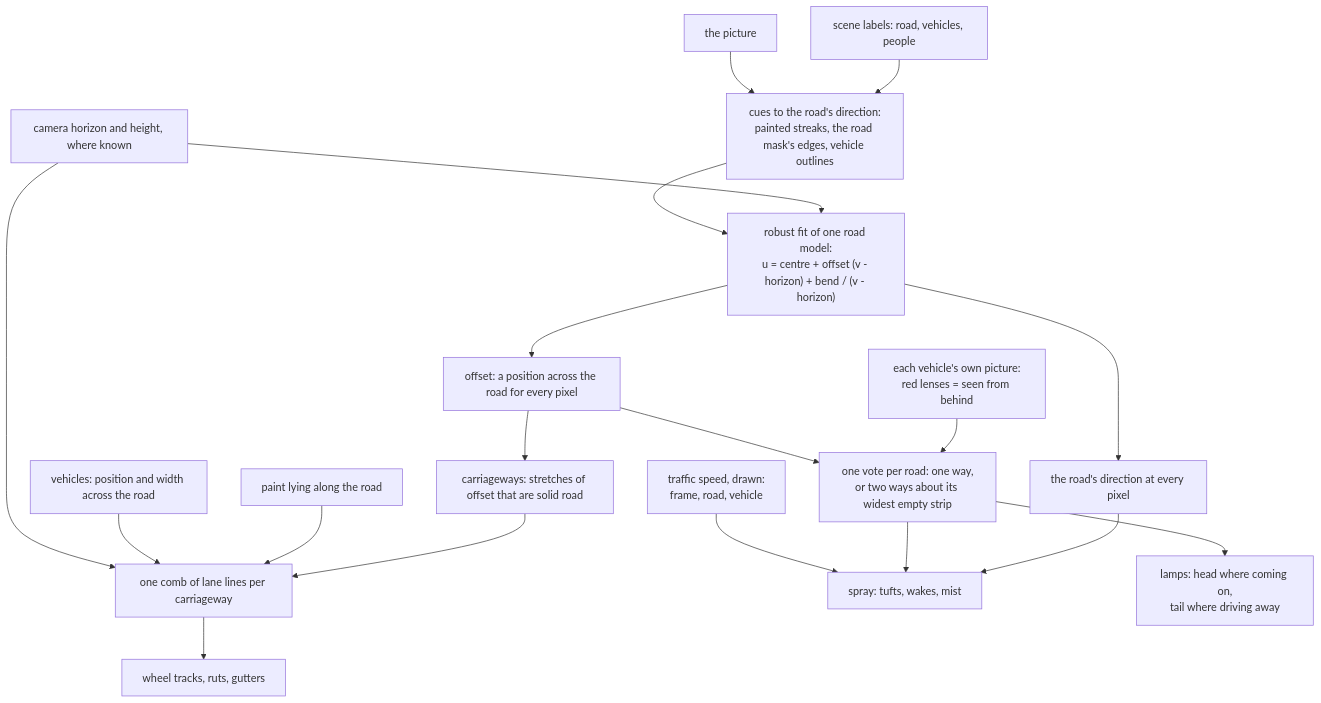
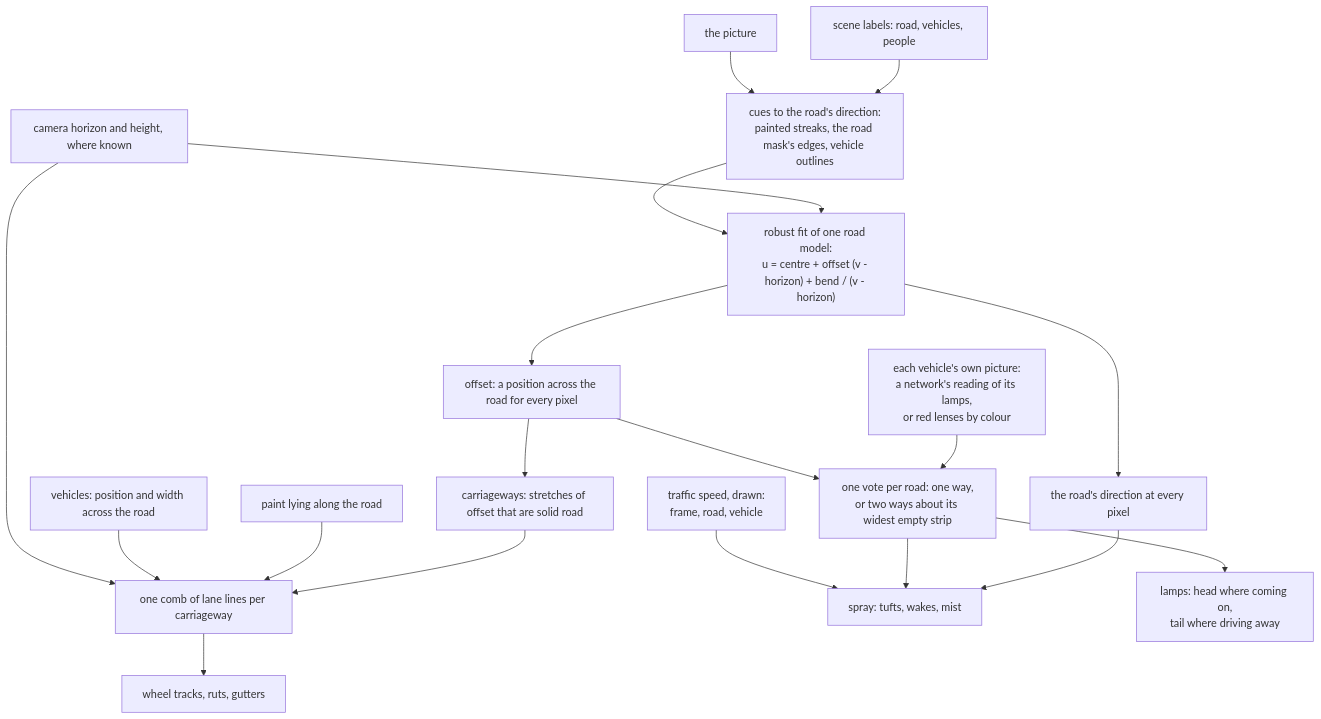
Before and after one commit to desmoteo/surmentations: the diagram in docs/road_surface.md, drawn with Mermaid. The commit also changed other lines of this file and 3 other files, not shown here.

````diff
--- a/docs/road_surface.md
+++ b/docs/road_surface.md
@@ -42,21 +49,21 @@
 ```mermaid
 flowchart TD
     L["scene labels: road, vehicles, people"] --> CUES
     IMG["the picture"] --> CUES["cues to the road's direction:<br/>painted streaks, the road mask's edges, vehicle outlines"]
     GEO["camera horizon and height, where known"] --> FIT
     CUES --> FIT["robust fit of one road model:<br/>u = centre + offset (v - horizon) + bend / (v - horizon)"]
     FIT --> OFF["offset: a position across the road for every pixel"]
     OFF --> CARR["carriageways: stretches of offset that are solid road"]
     CARR --> COMB["one comb of lane lines per carriageway"]
     PAINT["paint lying along the road"] --> COMB
     VEH["vehicles: position and width across the road"] --> COMB
     GEO --> COMB
     COMB --> TRACKS["wheel tracks, ruts, gutters"]
     FIT --> DIR["the road's direction at every pixel"]
     DIR --> SPRAY["spray: tufts, wakes, mist"]
-    LENS["each vehicle's own picture:<br/>red lenses = seen from behind"] --> VOTE
+    LENS["each vehicle's own picture:<br/>a network's reading of its lamps,<br/>or red lenses by colour"] --> VOTE
     OFF --> VOTE["one vote per road: one way,<br/>or two ways about its widest empty strip"]
     VOTE --> SPRAY
     SPEED["traffic speed, drawn:<br/>frame, road, vehicle"] --> SPRAY
     VOTE --> LIT["lamps: head where coming on,<br/>tail where driving away"]
 ```
````
